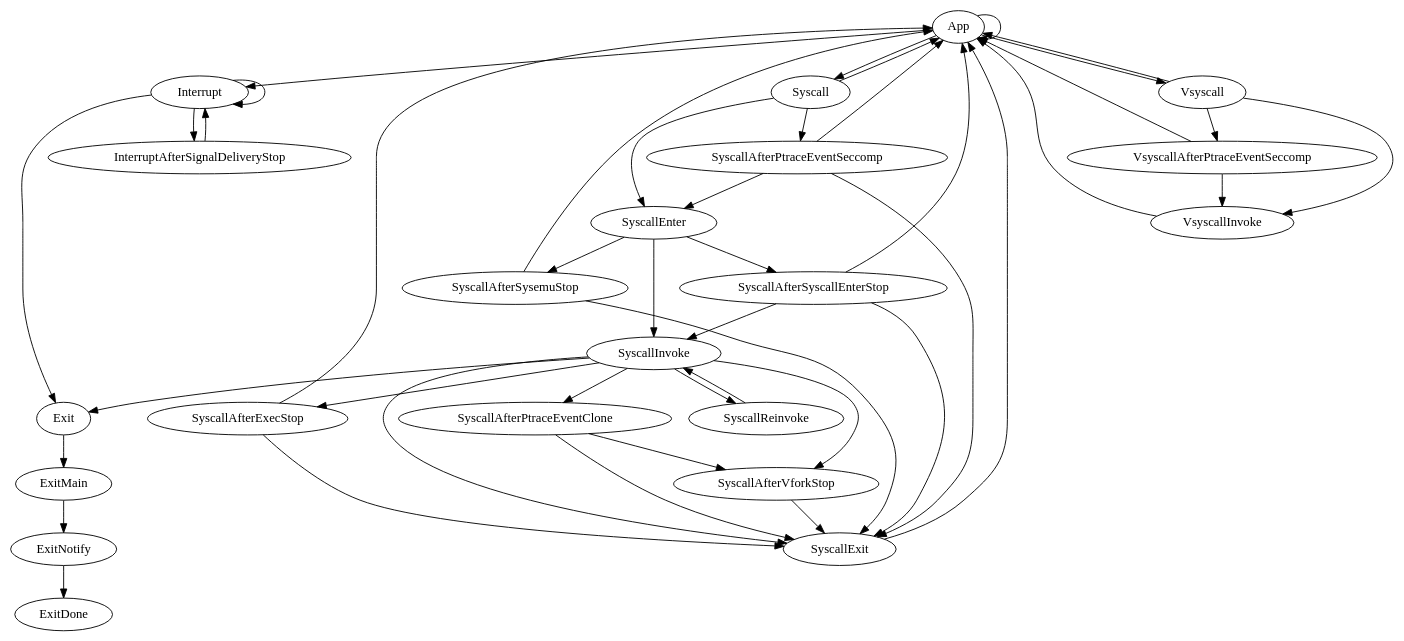
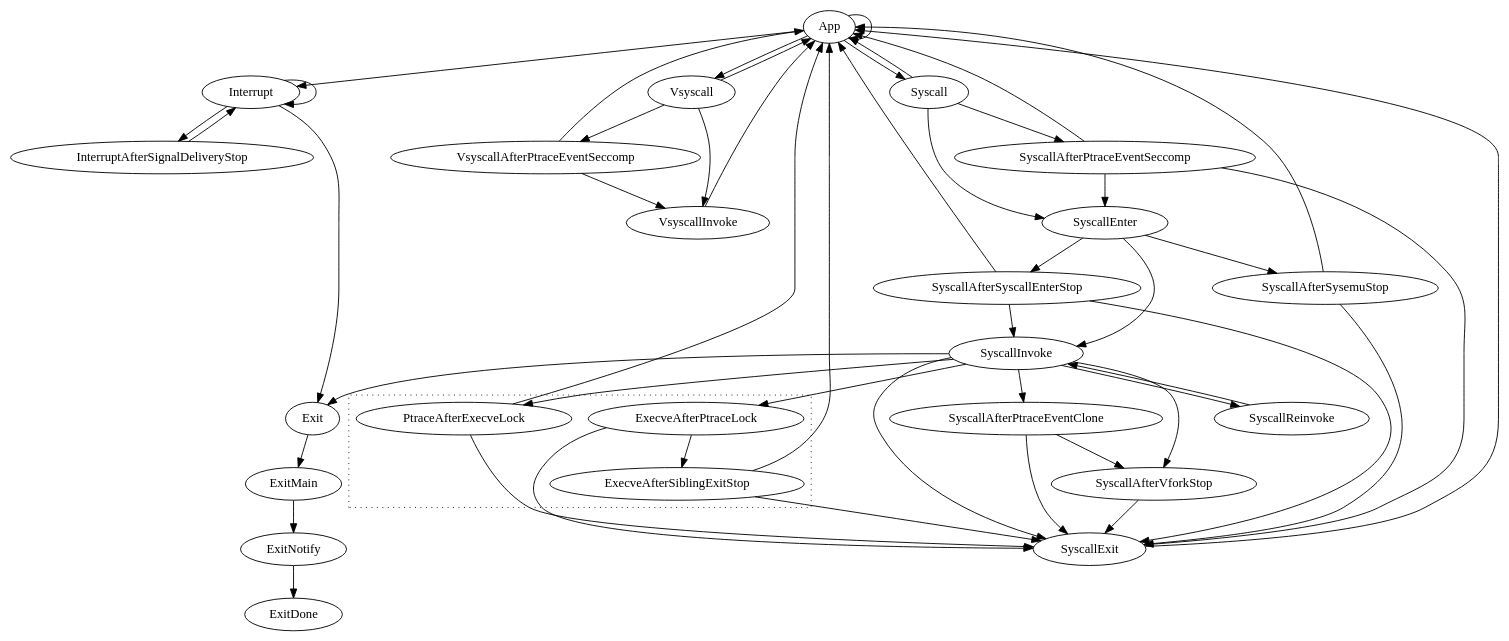
One commit to google/gvisor changed the diagram in pkg/sentry/kernel/g3doc/run_states.dot. Above: the diagram before and after it, drawn with Graphviz. The commit also changed 44 other files, not shown here.

```diff
--- a/pkg/sentry/kernel/g3doc/run_states.dot
+++ b/pkg/sentry/kernel/g3doc/run_states.dot
@@ -1,99 +1,116 @@
 digraph {
   subgraph {
     App;
   }
   subgraph {
     Interrupt;
     InterruptAfterSignalDeliveryStop;
   }
   subgraph {
     Syscall;
     SyscallAfterPtraceEventSeccomp;
     SyscallEnter;
     SyscallAfterSyscallEnterStop;
     SyscallAfterSysemuStop;
     SyscallInvoke;
     SyscallAfterPtraceEventClone;
-    SyscallAfterExecStop;
     SyscallAfterVforkStop;
     SyscallReinvoke;
     SyscallExit;
+    subgraph cluster_execve_and_ptrace_attach {
+      style = dotted;
+      ExecveAfterPtraceLock; // serialized with tracers (for correct creds computation)
+      PtraceAfterExecveLock; // serialized with execve
+      ExecveAfterSiblingExitStop; // siblings have all exited
+    }
   }
   subgraph {
     Vsyscall;
     VsyscallAfterPtraceEventSeccomp;
     VsyscallInvoke;
   }
   subgraph {
     Exit;
     ExitMain; // leave thread group, release resources, reparent children, kill PID namespace and wait if TGID 1
     ExitNotify; // signal parent/tracer, become waitable
     ExitDone; // represented by t.runState == nil
   }
 
   // Task exit
   Exit -> ExitMain;
   ExitMain -> ExitNotify;
   ExitNotify -> ExitDone;
 
   // Execution of untrusted application code
   App -> App;
 
   // Interrupts (usually signal delivery)
   App -> Interrupt;
   Interrupt -> Interrupt; // if other interrupt conditions may still apply
   Interrupt -> Exit; // if killed
 
   // Syscalls
   App -> Syscall;
   Syscall -> SyscallEnter;
   SyscallEnter -> SyscallInvoke;
   SyscallInvoke -> SyscallExit;
   SyscallExit -> App;
 
   // exit, exit_group
   SyscallInvoke -> Exit;
 
   // execve
-  SyscallInvoke -> SyscallAfterExecStop;
-  SyscallAfterExecStop -> SyscallExit;
-  SyscallAfterExecStop -> App; // fatal signal pending
+  SyscallInvoke -> ExecveAfterPtraceLock; // This is to execve what PtraceAfterExecveLock is to ptrace.
+  ExecveAfterPtraceLock -> ExecveAfterSiblingExitStop;
+  ExecveAfterPtraceLock -> SyscallExit;
+  ExecveAfterSiblingExitStop -> SyscallExit;
+  ExecveAfterSiblingExitStop -> App; // fatal signal pending
+
+  // ptrace (only for PTRACE_ATTACH and PTRACE_SEIZE)
+  //
+  // For correct Task creds computation, execve and ptrace_attach|seize must be
+  // serialized. To mutually exclude each other in a S/R-safe manner, execve and
+  // ptrace_(attach|seize) languish in stops till they can reach the
+  // ExecveAfterPtraceLock and PtraceAfterExecveLock run states respectively.
+  SyscallInvoke -> PtraceAfterExecveLock; // This is to ptrace what ExecveAfterPtraceLock is to execve.
+  PtraceAfterExecveLock -> SyscallExit;
+  PtraceAfterExecveLock -> App;
 
   // vfork
   SyscallInvoke -> SyscallAfterVforkStop;
   SyscallAfterVforkStop -> SyscallExit;
 
   // Vsyscalls
   App -> Vsyscall;
   Vsyscall -> VsyscallInvoke;
   Vsyscall -> App; // fault while reading return address from stack
   VsyscallInvoke -> App;
 
   // ptrace-specific branches
   Interrupt -> InterruptAfterSignalDeliveryStop;
   InterruptAfterSignalDeliveryStop -> Interrupt;
   SyscallEnter -> SyscallAfterSyscallEnterStop;
   SyscallAfterSyscallEnterStop -> SyscallInvoke;
   SyscallAfterSyscallEnterStop -> SyscallExit; // skipped by tracer
   SyscallAfterSyscallEnterStop -> App; // fatal signal pending
   SyscallEnter -> SyscallAfterSysemuStop;
   SyscallAfterSysemuStop -> SyscallExit;
   SyscallAfterSysemuStop -> App; // fatal signal pending
   SyscallInvoke -> SyscallAfterPtraceEventClone;
   SyscallAfterPtraceEventClone -> SyscallExit;
   SyscallAfterPtraceEventClone -> SyscallAfterVforkStop;
 
   // seccomp
   Syscall -> App; // SECCOMP_RET_TRAP, SECCOMP_RET_ERRNO, SECCOMP_RET_KILL, SECCOMP_RET_TRACE without tracer
   Syscall -> SyscallAfterPtraceEventSeccomp; // SECCOMP_RET_TRACE
   SyscallAfterPtraceEventSeccomp -> SyscallEnter;
   SyscallAfterPtraceEventSeccomp -> SyscallExit; // skipped by tracer
   SyscallAfterPtraceEventSeccomp -> App; // fatal signal pending
   Vsyscall -> VsyscallAfterPtraceEventSeccomp;
   VsyscallAfterPtraceEventSeccomp -> VsyscallInvoke;
   VsyscallAfterPtraceEventSeccomp -> App;
 
   // Autosave
   SyscallInvoke -> SyscallReinvoke;
   SyscallReinvoke -> SyscallInvoke;
 }
```
